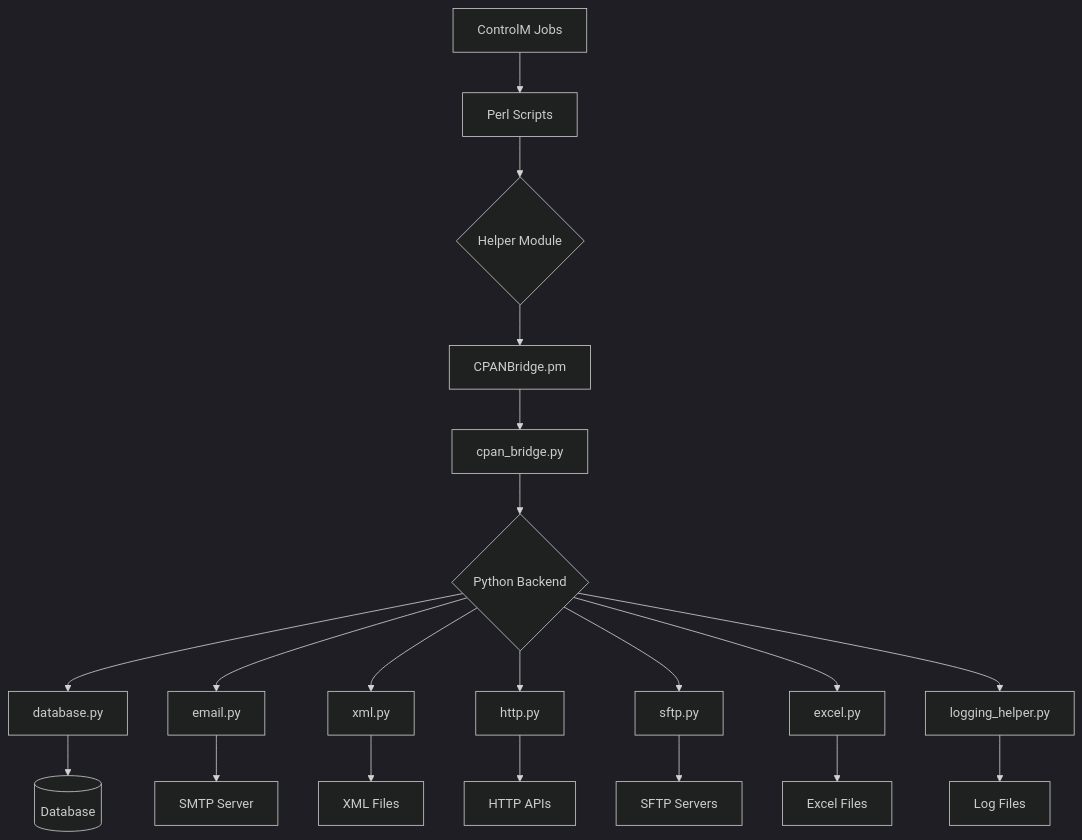
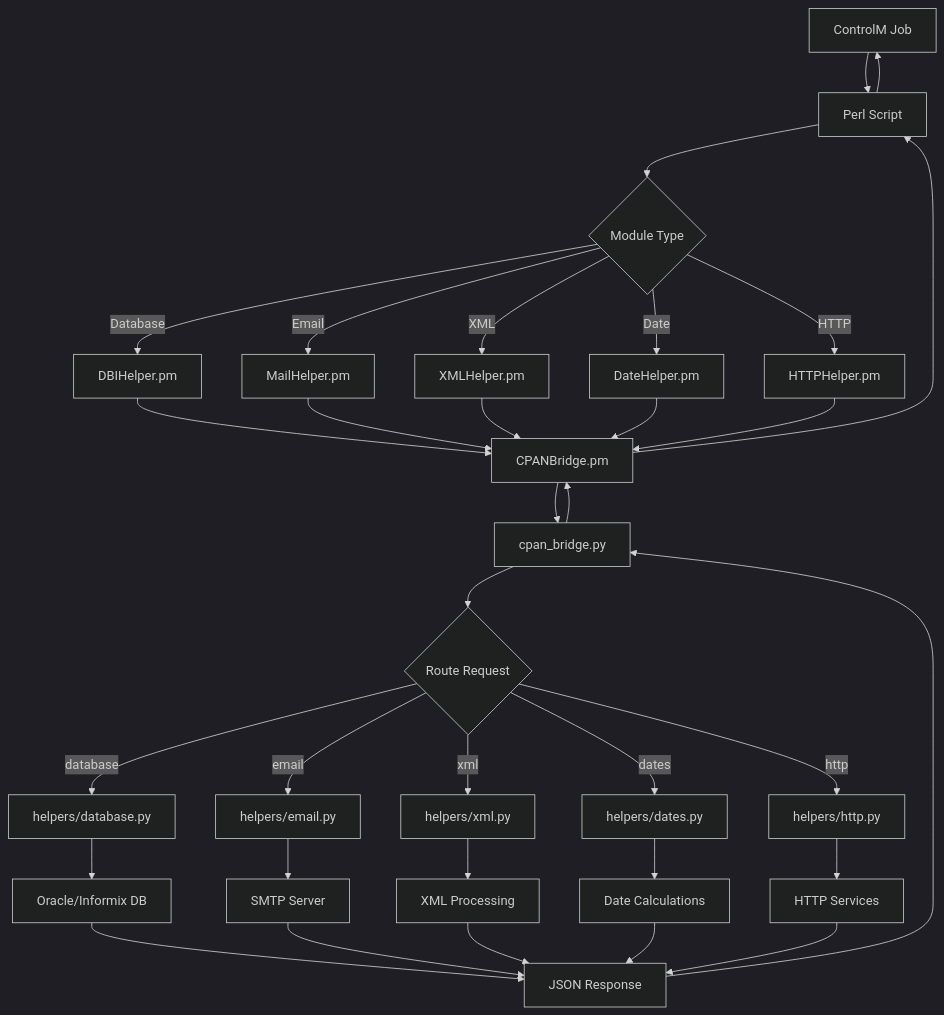
Before and after one commit to CodeAmalgamation/Perl_to_Python: the diagram in Readme.md, drawn with Mermaid (dark theme). The commit also changed 1 other file, not shown here.

Commit message:
Add Oracle database direct testing capabilities
- Added comprehensive test_oracle_direct.py for standalone Oracle testing
- Updated README with improved system flow diagram showing bidirectional flow
- Enhanced flowchart to show complete request-response cycle
- Test script includes driver checking, DSN parsing, and connection validation

🤖 Generated with [Claude Code](https://claude.ai/code)

````diff
--- a/Readme.md
+++ b/Readme.md
@@ -12,24 +12,43 @@
 ```mermaid
-flowchart TD
-    A[ControlM Jobs] --> B[Perl Scripts]
-    B --> C{Helper Module}
-    C --> D[CPANBridge.pm]
-    D --> E[cpan_bridge.py]
-    E --> F{Python Backend}
-
-    F --> G[database.py]
-    F --> H[email.py]
-    F --> I[xml.py]
-    F --> J[http.py]
-    F --> K[sftp.py]
-    F --> L[excel.py]
-    F --> M[logging_helper.py]
-
-    G --> N[(Database)]
-    H --> O[SMTP Server]
-    I --> P[XML Files]
-    J --> Q[HTTP APIs]
-    K --> R[SFTP Servers]
-    L --> S[Excel Files]
-    M --> T[Log Files]
+graph TD
+    A[ControlM Job] --> B[Perl Script]
+    B --> C{Module Type}
+    
+    C -->|Database| D[DBIHelper.pm]
+    C -->|Email| E[MailHelper.pm]
+    C -->|XML| F[XMLHelper.pm]
+    C -->|Date| G[DateHelper.pm]
+    C -->|HTTP| H[HTTPHelper.pm]
+    
+    D --> I[CPANBridge.pm]
+    E --> I
+    F --> I
+    G --> I
+    H --> I
+    
+    I --> J[cpan_bridge.py]
+    J --> K{Route Request}
+    
+    K -->|database| L[helpers/database.py]
+    K -->|email| M[helpers/email.py]
+    K -->|xml| N[helpers/xml.py]
+    K -->|dates| O[helpers/dates.py]
+    K -->|http| P[helpers/http.py]
+    
+    L --> Q[Oracle/Informix DB]
+    M --> R[SMTP Server]
+    N --> S[XML Processing]
+    O --> T[Date Calculations]
+    P --> U[HTTP Services]
+    
+    Q --> V[JSON Response]
+    R --> V
+    S --> V
+    T --> V
+    U --> V
+    
+    V --> J
+    J --> I
+    I --> B
+    B --> A
 ```
````
